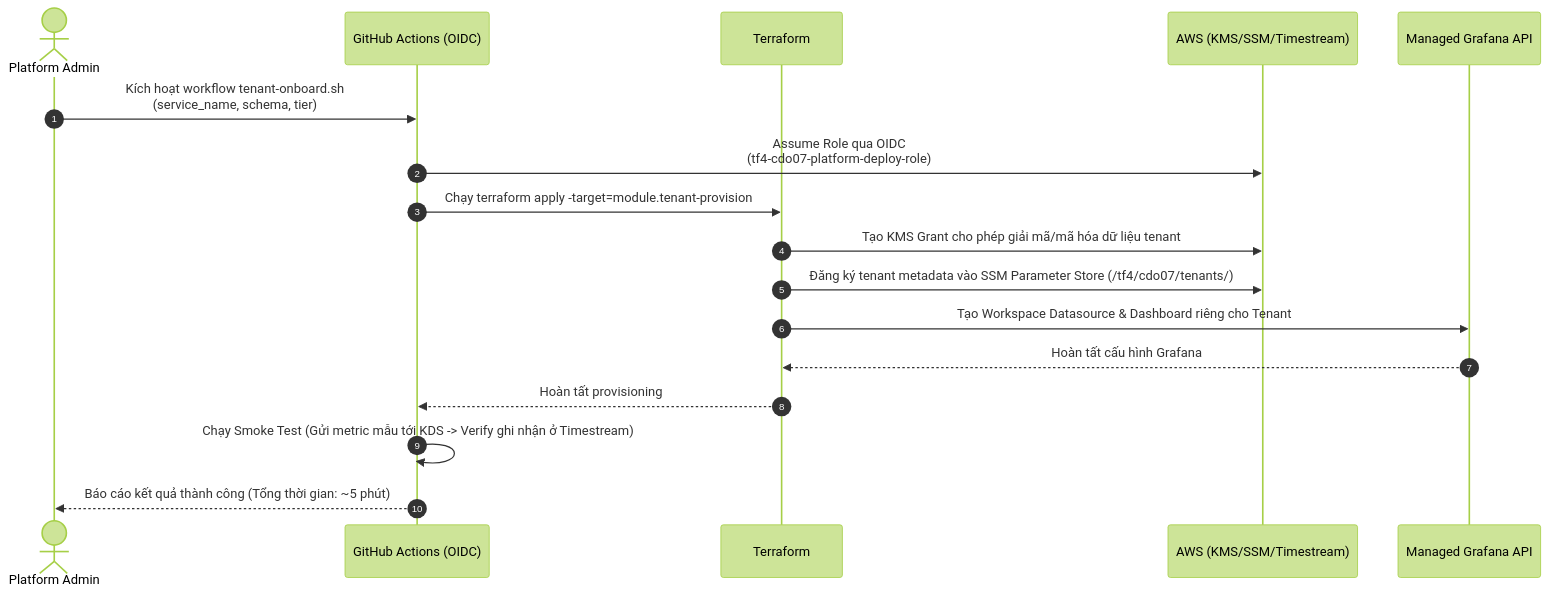
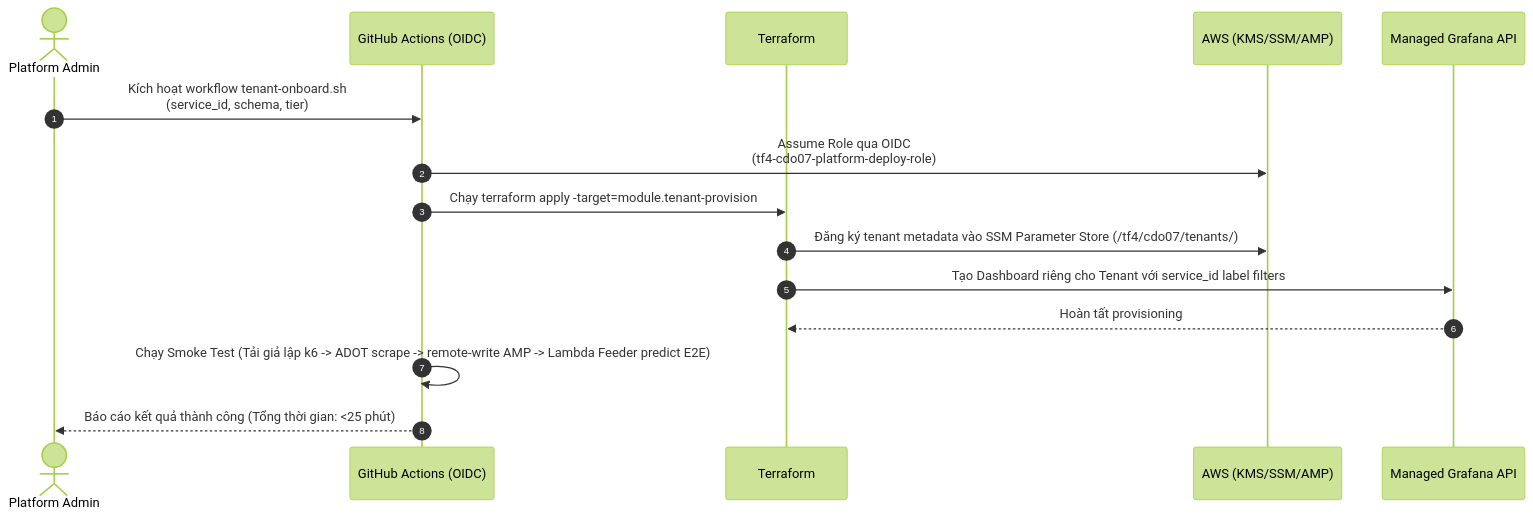
Before and after one commit to CDO-07/CDO-07-Capstone-phase2: the second of 2 diagrams in xbrain-learners/capstone/tf-4/cdo-07/docs/03_security_design.md, drawn with Mermaid (forest theme). The commit also changed other lines of this file, not shown here.

````diff
--- a/xbrain-learners/capstone/tf-4/cdo-07/docs/03_security_design.md
+++ b/xbrain-learners/capstone/tf-4/cdo-07/docs/03_security_design.md
@@ -217,20 +206,18 @@
 ```mermaid
 sequenceDiagram
     autonumber
     actor Admin as Platform Admin
     participant GH as GitHub Actions (OIDC)
     participant TF as Terraform
-    participant AWS as AWS (KMS/SSM/Timestream)
+    participant AWS as AWS (KMS/SSM/AMP)
     participant GF as Managed Grafana API
 
-    Admin->>GH: Kích hoạt workflow tenant-onboard.sh<br>(service_name, schema, tier)
+    Admin->>GH: Kích hoạt workflow tenant-onboard.sh<br>(service_id, schema, tier)
     GH->>AWS: Assume Role qua OIDC<br>(tf4-cdo07-platform-deploy-role)
     GH->>TF: Chạy terraform apply -target=module.tenant-provision
-    TF->>AWS: Tạo KMS Grant cho phép giải mã/mã hóa dữ liệu tenant
     TF->>AWS: Đăng ký tenant metadata vào SSM Parameter Store (/tf4/cdo07/tenants/)
-    TF->>GF: Tạo Workspace Datasource & Dashboard riêng cho Tenant
-    GF-->>TF: Hoàn tất cấu hình Grafana
-    TF-->>GH: Hoàn tất provisioning
-    GH->>GH: Chạy Smoke Test (Gửi metric mẫu tới KDS -> Verify ghi nhận ở Timestream)
-    GH-->>Admin: Báo cáo kết quả thành công (Tổng thời gian: ~5 phút)
+    TF->>GF: Tạo Dashboard riêng cho Tenant với service_id label filters
+    GF-->>TF: Hoàn tất provisioning
+    GH->>GH: Chạy Smoke Test (Tải giả lập k6 -> ADOT scrape -> remote-write AMP -> Lambda Feeder predict E2E)
+    GH-->>Admin: Báo cáo kết quả thành công (Tổng thời gian: <25 phút)
 ```
````
